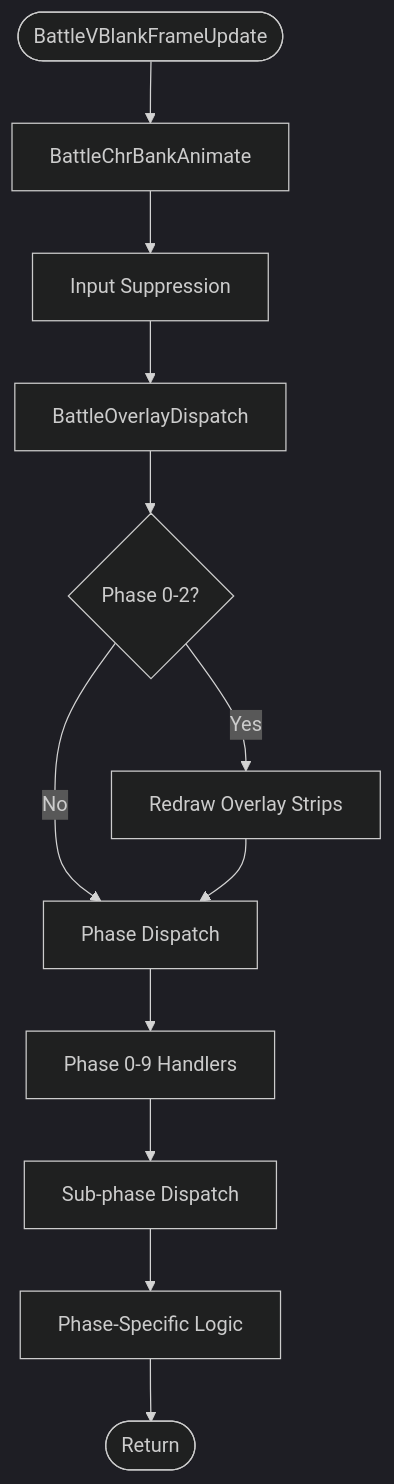
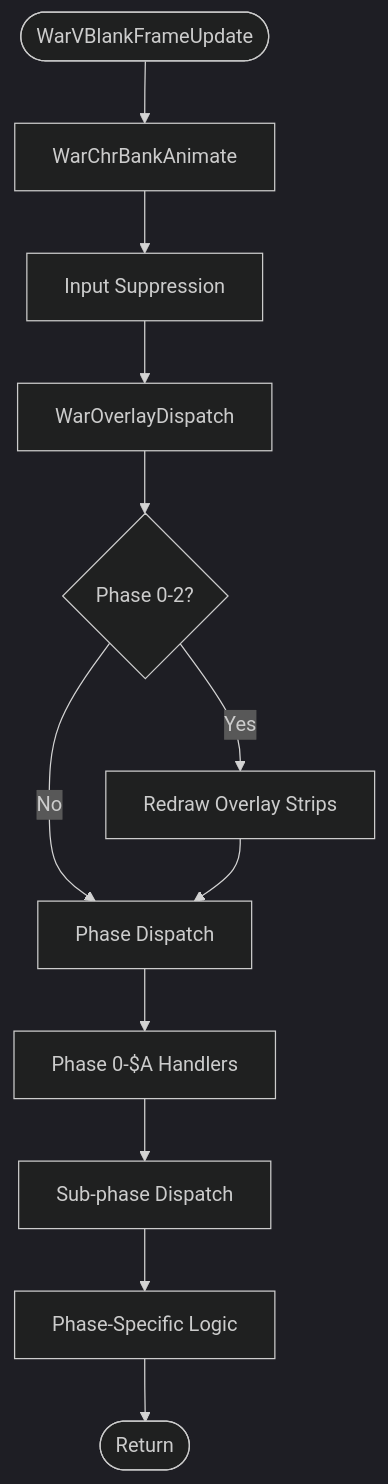
The ninth of 12 diagrams in .qoder/repowiki/en/content/Assembly Architecture/Bank Organization and Memory Layout/Battle and AI System - PRG Banks $08_$09.md (rabbyzero/sango2dasm), drawn with Mermaid (dark theme) before and after one commit. The commit also changed other lines of this file and 11 other files, not shown here.

````diff
--- a/.qoder/repowiki/en/content/Assembly Architecture/Bank Organization and Memory Layout/Battle and AI System - PRG Banks $08_$09.md
+++ b/.qoder/repowiki/en/content/Assembly Architecture/Bank Organization and Memory Layout/Battle and AI System - PRG Banks $08_$09.md
@@ -396,14 +435,14 @@
 ```mermaid
 flowchart TD
-Start(["BattleVBlankFrameUpdate"]) --> ChrAnim["BattleChrBankAnimate"]
+Start(["WarVBlankFrameUpdate"]) --> ChrAnim["WarChrBankAnimate"]
 ChrAnim --> InputSupp["Input Suppression"]
-InputSupp --> OverlayDisp["BattleOverlayDispatch"]
+InputSupp --> OverlayDisp["WarOverlayDispatch"]
 OverlayDisp --> PhaseCheck{"Phase 0-2?"}
 PhaseCheck --> |Yes| RedrawStrips["Redraw Overlay Strips"]
 PhaseCheck --> |No| PhaseDispatch["Phase Dispatch"]
 RedrawStrips --> PhaseDispatch
-PhaseDispatch --> PhaseHandlers["Phase 0-9 Handlers"]
+PhaseDispatch --> PhaseHandlers["Phase 0-$A Handlers"]
 PhaseHandlers --> SubDispatch["Sub-phase Dispatch"]
 SubDispatch --> PhaseLogic["Phase-Specific Logic"]
 PhaseLogic --> End(["Return"])
 ```
````
